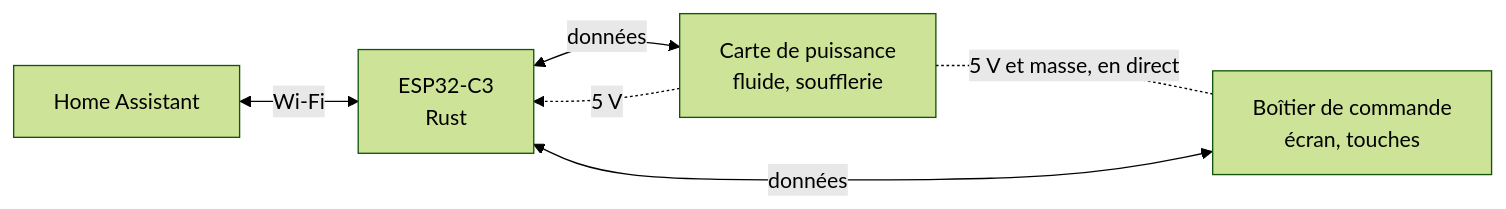
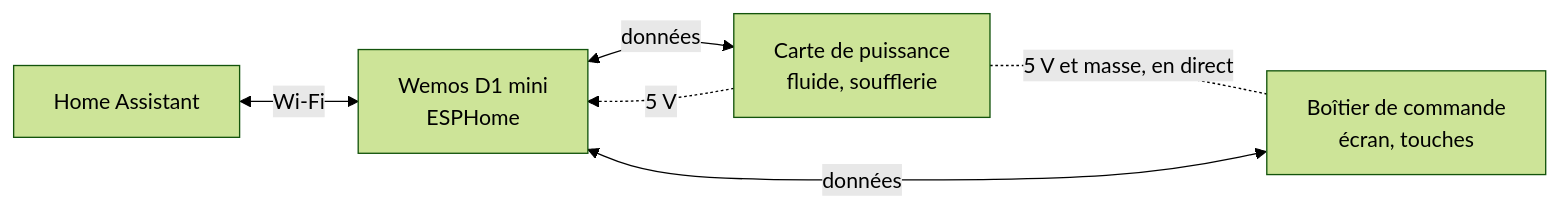
The diagram in README.md (Plokkke/sauter-marapi-esphome), drawn with Mermaid (forest theme) before and after one commit. The commit also changed other lines of this file and 22 other files, not shown here.

First line of the commit message:
feat(firmware): ESPHome MITM on the Wemos D1 mini

````diff
--- a/README.md
+++ b/README.md
@@ -33,8 +33,8 @@
 ```mermaid
 flowchart LR
-  HA[Home Assistant] <-- Wi-Fi --> C3[ESP32-C3<br>Rust]
-  CMD[Boîtier de commande<br>écran, touches] <-- données --> C3
-  C3 <-- données --> PWR[Carte de puissance<br>fluide, soufflerie]
+  HA[Home Assistant] <-- Wi-Fi --> D1[Wemos D1 mini<br>ESPHome]
+  CMD[Boîtier de commande<br>écran, touches] <-- données --> D1
+  D1 <-- données --> PWR[Carte de puissance<br>fluide, soufflerie]
   PWR -. 5 V et masse, en direct .- CMD
-  PWR -. 5 V .-> C3
+  PWR -. 5 V .-> D1
 ```
````
